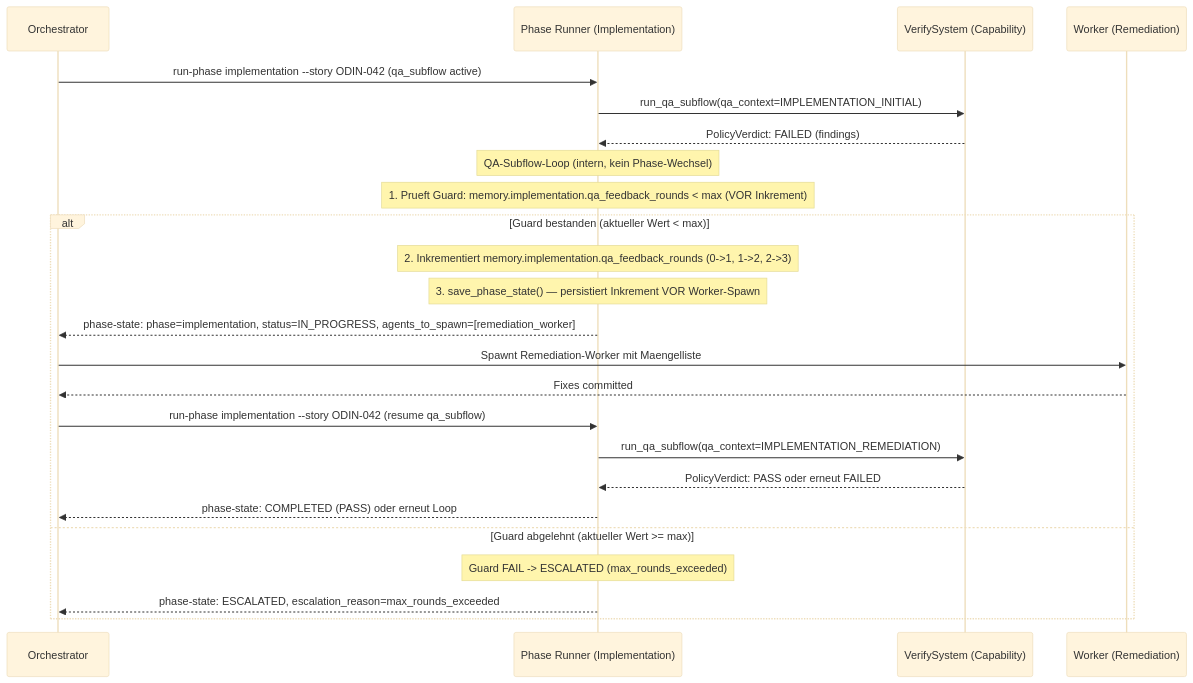
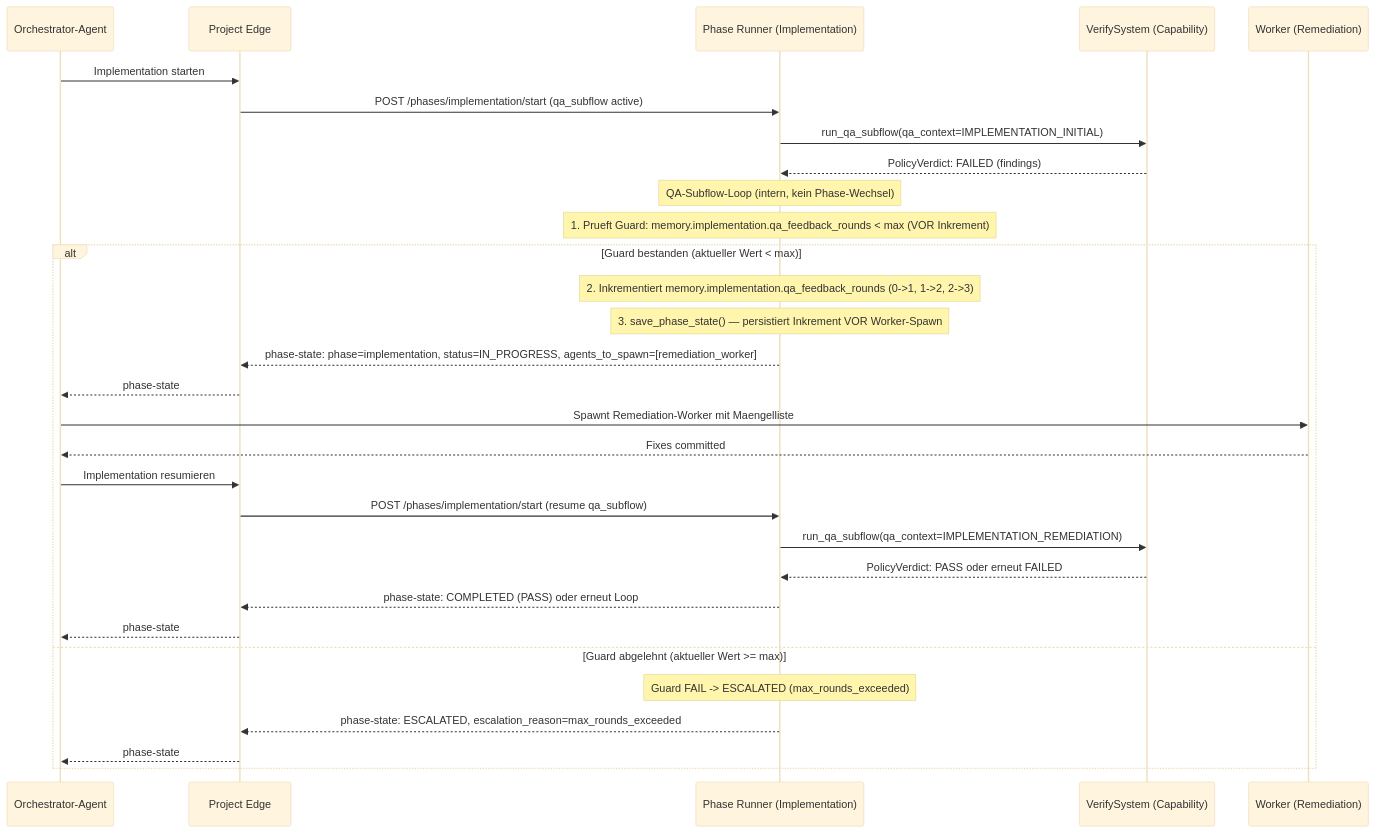
The third of 3 diagrams in concept/technical-design/20_workflow_engine_state_machine.md (saltenhof/claude-agentkit3), drawn with Mermaid (base theme) before and after one commit. The commit also changed other lines of this file and 365 other files, not shown here.

````diff
--- a/concept/technical-design/20_workflow_engine_state_machine.md
+++ b/concept/technical-design/20_workflow_engine_state_machine.md
@@ -508,28 +508,34 @@
 ```mermaid
 sequenceDiagram
-    participant O as Orchestrator
+    participant O as Orchestrator-Agent
+    participant E as Project Edge
     participant PR as Phase Runner (Implementation)
     participant V as VerifySystem (Capability)
     participant W as Worker (Remediation)
 
-    O->>PR: run-phase implementation --story ODIN-042 (qa_subflow active)
+    O->>E: Implementation starten
+    E->>PR: POST /phases/implementation/start (qa_subflow active)
     PR->>V: run_qa_subflow(qa_context=IMPLEMENTATION_INITIAL)
     V-->>PR: PolicyVerdict: FAILED (findings)
 
     Note over PR: QA-Subflow-Loop (intern, kein Phase-Wechsel)
     Note over PR: 1. Prueft Guard: memory.implementation.qa_feedback_rounds < max (VOR Inkrement)
     alt Guard bestanden (aktueller Wert < max)
         Note over PR: 2. Inkrementiert memory.implementation.qa_feedback_rounds (0->1, 1->2, 2->3)
         Note over PR: 3. save_phase_state() — persistiert Inkrement VOR Worker-Spawn
-        PR-->>O: phase-state: phase=implementation, status=IN_PROGRESS, agents_to_spawn=[remediation_worker]
+        PR-->>E: phase-state: phase=implementation, status=IN_PROGRESS, agents_to_spawn=[remediation_worker]
+        E-->>O: phase-state
         O->>W: Spawnt Remediation-Worker mit Maengelliste
         W-->>O: Fixes committed
-        O->>PR: run-phase implementation --story ODIN-042 (resume qa_subflow)
+        O->>E: Implementation resumieren
+        E->>PR: POST /phases/implementation/start (resume qa_subflow)
         PR->>V: run_qa_subflow(qa_context=IMPLEMENTATION_REMEDIATION)
         V-->>PR: PolicyVerdict: PASS oder erneut FAILED
-        PR-->>O: phase-state: COMPLETED (PASS) oder erneut Loop
+        PR-->>E: phase-state: COMPLETED (PASS) oder erneut Loop
+        E-->>O: phase-state
     else Guard abgelehnt (aktueller Wert >= max)
         Note over PR: Guard FAIL -> ESCALATED (max_rounds_exceeded)
-        PR-->>O: phase-state: ESCALATED, escalation_reason=max_rounds_exceeded
+        PR-->>E: phase-state: ESCALATED, escalation_reason=max_rounds_exceeded
+        E-->>O: phase-state
     end
 ```
````
